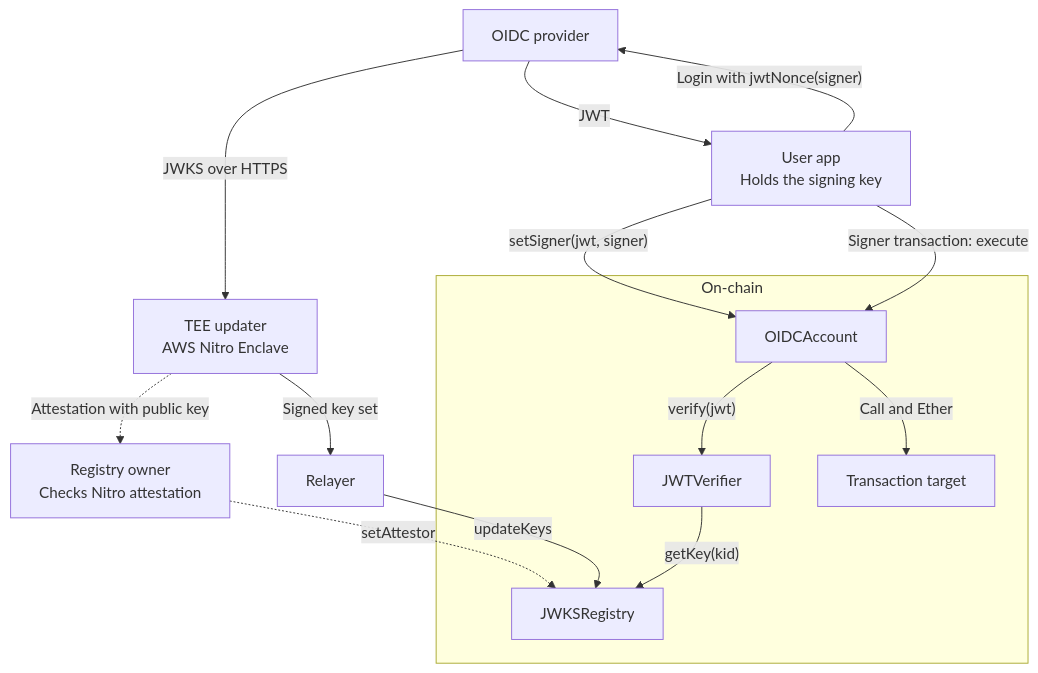
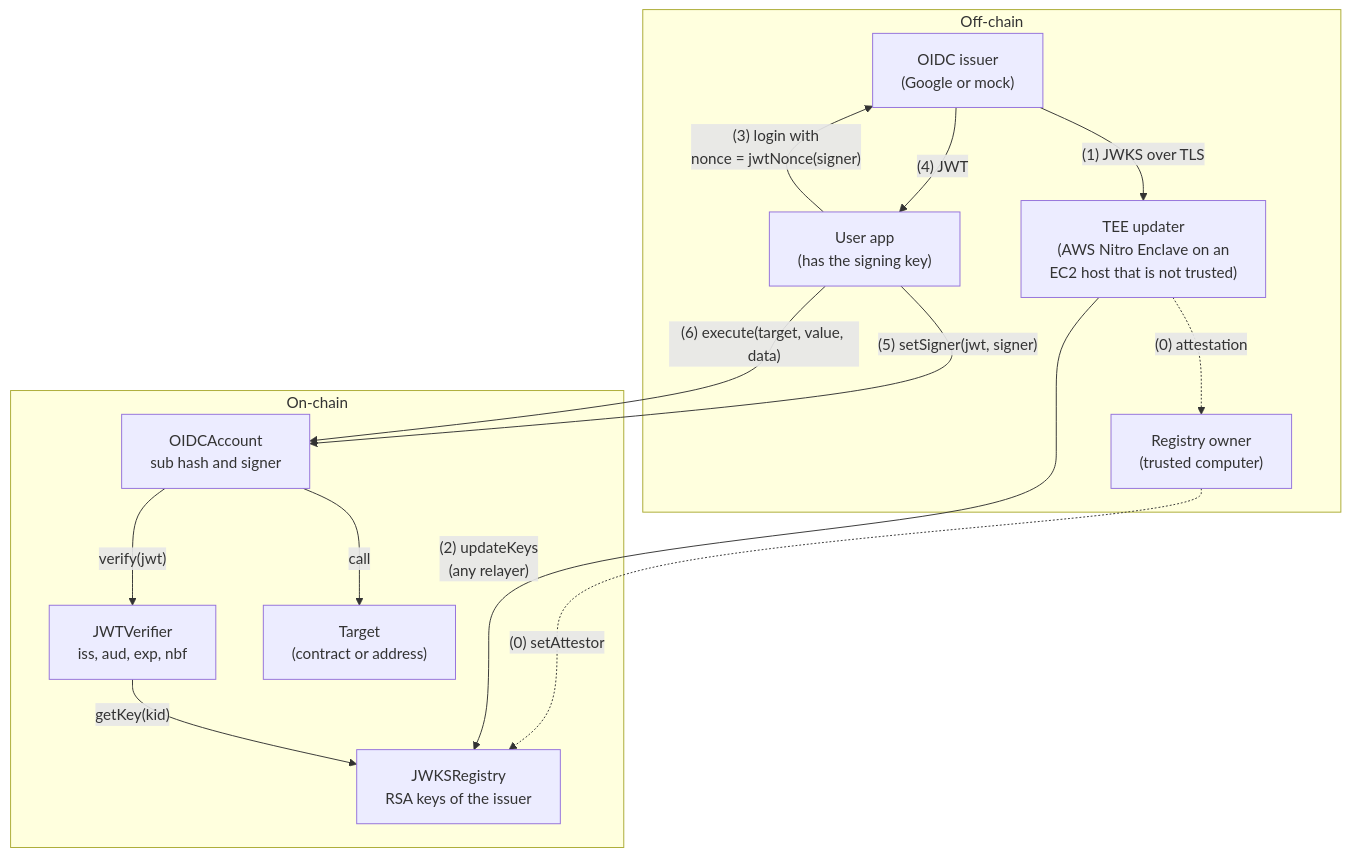
The diagram in README.md (mmv08/oidc-smart-account), drawn with Mermaid before and after one commit. The commit also changed other lines of this file and 16 other files, not shown here.

First line of the commit message:
Remove redundant checks and fix the README diagram

````diff
--- a/README.md
+++ b/README.md
@@ -15,28 +9,28 @@
 ```mermaid
 flowchart TB
-    provider["OIDC provider"]
-    tee["TEE updater<br/>AWS Nitro Enclave"]
-    operator["Registry owner<br/>Checks Nitro attestation"]
-    relayer["Relayer"]
-    user["User app<br/>Holds the signing key"]
-
-    subgraph chain["On-chain"]
-        registry["JWKSRegistry"]
-        verifier["JWTVerifier"]
-        account["OIDCAccount"]
-        target["Transaction target"]
+    subgraph offchain ["Off-chain"]
+        owner["Registry owner<br/>(trusted computer)"]
+        tee["TEE updater<br/>(AWS Nitro Enclave on an<br/>EC2 host that is not trusted)"]
+        issuer["OIDC issuer<br/>(Google or mock)"]
+        user["User app<br/>(has the signing key)"]
     end
 
-    tee -. "Attestation with public key" .-> operator
-    operator -. "setAttestor" .-> registry
-    provider -- "JWKS over HTTPS" --> tee
-    tee -- "Signed key set" --> relayer
-    relayer -- "updateKeys" --> registry
-    user -- "Login with jwtNonce(signer)" --> provider
-    provider -- "JWT" --> user
-    user -- "setSigner(jwt, signer)" --> account
+    subgraph onchain ["On-chain"]
+        registry["JWKSRegistry<br/>RSA keys of the issuer"]
+        verifier["JWTVerifier<br/>iss, aud, exp, nbf"]
+        account["OIDCAccount<br/>sub hash and signer"]
+        target["Target<br/>(contract or address)"]
+    end
+
+    tee -. "(0) attestation" .-> owner
+    owner -. "(0) setAttestor" .-> registry
+    issuer -- "(1) JWKS over TLS" --> tee
+    tee -- "(2) updateKeys<br/>(any relayer)" --> registry
+    user -- "(3) login with<br/>nonce = jwtNonce(signer)" --> issuer
+    issuer -- "(4) JWT" --> user
+    user -- "(5) setSigner(jwt, signer)" --> account
     account -- "verify(jwt)" --> verifier
     verifier -- "getKey(kid)" --> registry
-    user -- "Signer transaction: execute" --> account
-    account -- "Call and Ether" --> target
+    user -- "(6) execute(target, value, data)" --> account
+    account -- "call" --> target
 ```
````
